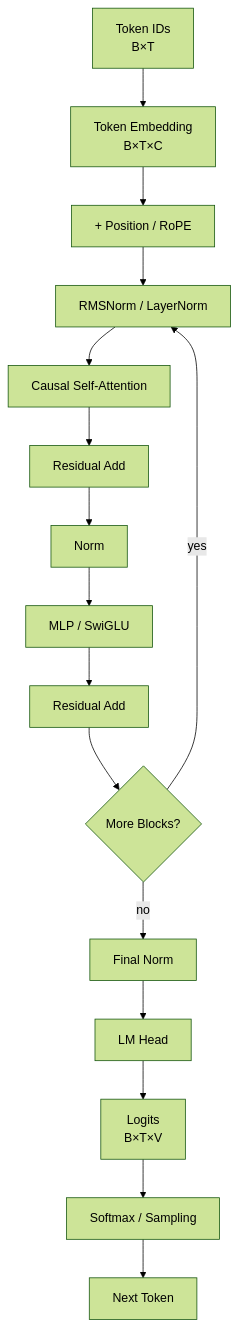
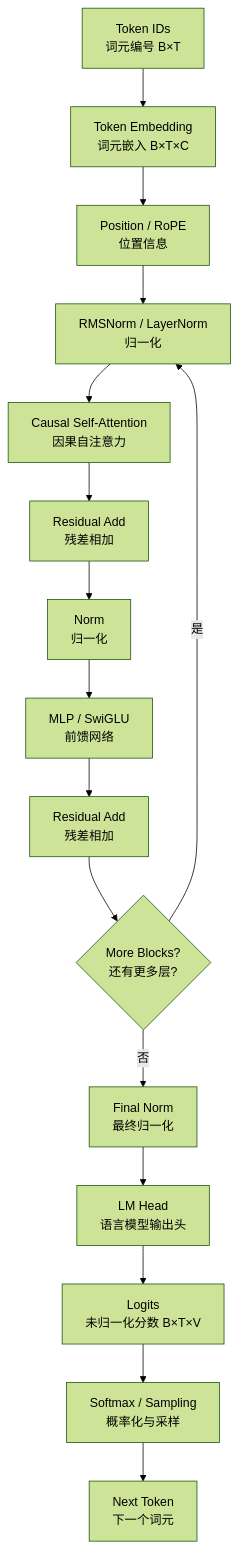
Before and after one commit to Yukun-Zheng/LLM-development: the second of 12 diagrams in figures/README.md, drawn with Mermaid (forest theme). The commit also changed other lines of this file, not shown here.

Commit message:
docs: localize figure labels with Chinese

````diff
--- a/figures/README.md
+++ b/figures/README.md
@@ -42,18 +42,18 @@
 ```mermaid
 flowchart TD
-    A[Token IDs\nB×T] --> B[Token Embedding\nB×T×C]
-    B --> C[+ Position / RoPE]
-    C --> D[RMSNorm / LayerNorm]
-    D --> E[Causal Self-Attention]
-    E --> F[Residual Add]
-    F --> G[Norm]
-    G --> H[MLP / SwiGLU]
-    H --> I[Residual Add]
-    I --> J{More Blocks?}
-    J -- yes --> D
-    J -- no --> K[Final Norm]
-    K --> L[LM Head]
-    L --> M[Logits\nB×T×V]
-    M --> N[Softmax / Sampling]
-    N --> O[Next Token]
+    A[Token IDs<br/>词元编号 B×T] --> B[Token Embedding<br/>词元嵌入 B×T×C]
+    B --> C[Position / RoPE<br/>位置信息]
+    C --> D[RMSNorm / LayerNorm<br/>归一化]
+    D --> E[Causal Self-Attention<br/>因果自注意力]
+    E --> F[Residual Add<br/>残差相加]
+    F --> G[Norm<br/>归一化]
+    G --> H[MLP / SwiGLU<br/>前馈网络]
+    H --> I[Residual Add<br/>残差相加]
+    I --> J{More Blocks?<br/>还有更多层?}
+    J -- 是 --> D
+    J -- 否 --> K[Final Norm<br/>最终归一化]
+    K --> L[LM Head<br/>语言模型输出头]
+    L --> M[Logits<br/>未归一化分数 B×T×V]
+    M --> N[Softmax / Sampling<br/>概率化与采样]
+    N --> O[Next Token<br/>下一个词元]
 ```
````
